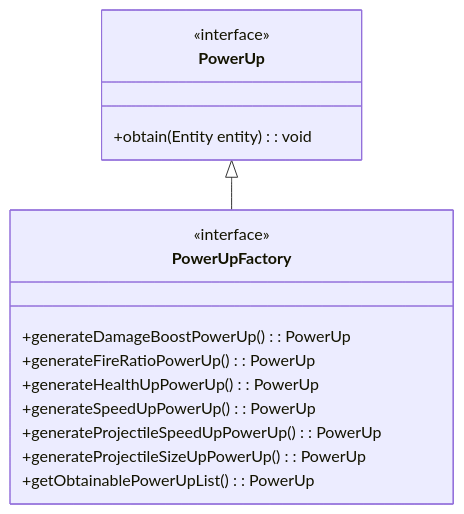
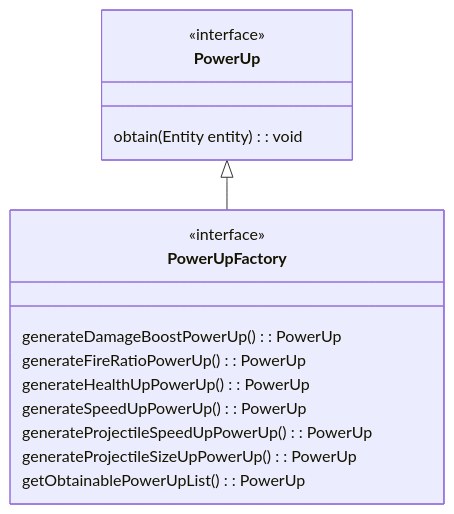
One commit to nicolodaddabbo/OOP22-t2s-game changed the diagram in report/diagram/PowerUpUML.md. Above: the diagram before and after it, drawn with Mermaid. The commit also changed 9 other files, not shown here.

````diff
--- a/report/diagram/PowerUpUML.md
+++ b/report/diagram/PowerUpUML.md
@@ -1,21 +1,22 @@
 ```mermaid 
+
 classDiagram
 PowerUp <|-- PowerUpFactory 
 
-class PowerUp {
+    class PowerUp {
     <<interface>>
-    +obtain(Entity entity): void
-}
+    obtain(Entity entity): void
+    }
 
 
-class PowerUpFactory {
+    class PowerUpFactory {
     <<interface>>
-    +generateDamageBoostPowerUp(): PowerUp
-    +generateFireRatioPowerUp(): PowerUp
-    +generateHealthUpPowerUp(): PowerUp
-    +generateSpeedUpPowerUp(): PowerUp
-    +generateProjectileSpeedUpPowerUp(): PowerUp
-    +generateProjectileSizeUpPowerUp(): PowerUp
-    +getObtainablePowerUpList(): PowerUp
-}
+    generateDamageBoostPowerUp(): PowerUp
+    generateFireRatioPowerUp(): PowerUp
+    generateHealthUpPowerUp(): PowerUp
+    generateSpeedUpPowerUp(): PowerUp
+    generateProjectileSpeedUpPowerUp(): PowerUp
+    generateProjectileSizeUpPowerUp(): PowerUp
+    getObtainablePowerUpList(): PowerUp
+    }
 ```
````
